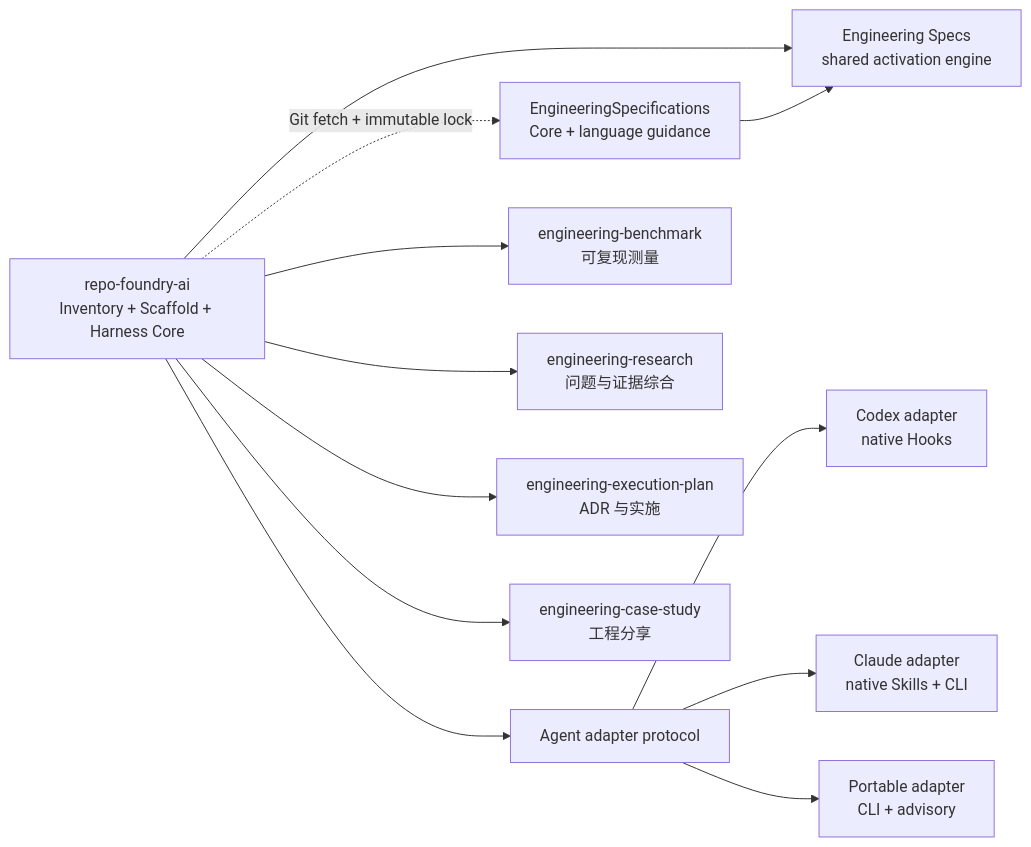
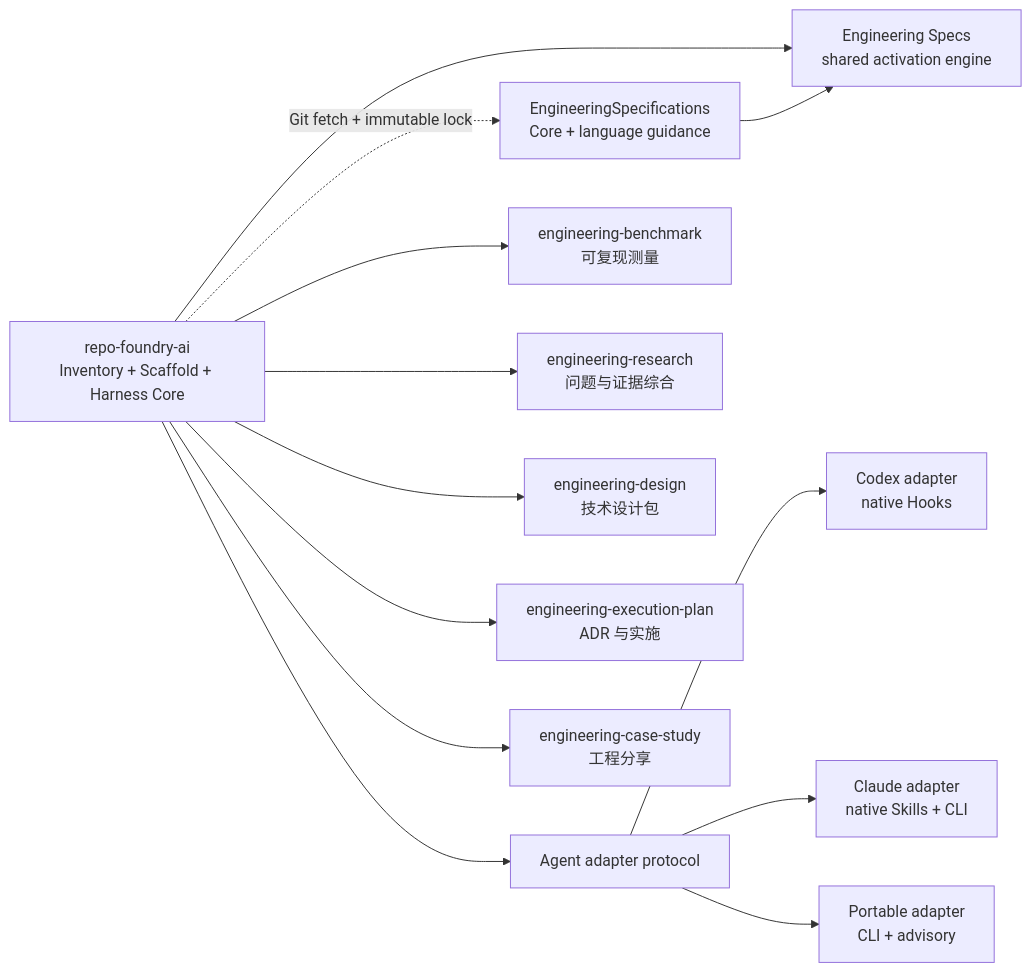
Before and after one commit to XiaoWeiKIN/RepoFoundryAI: the diagram in SKILL.md, drawn with Mermaid. The commit also changed other lines of this file and 52 other files, not shown here.

````diff
--- a/SKILL.md
+++ b/SKILL.md
@@ -13,15 +13,16 @@
 ```mermaid
 flowchart LR
     W["repo-foundry-ai<br/>Inventory + Scaffold + Harness Core"]
     W -.->|"Git fetch + immutable lock"| S["EngineeringSpecifications<br/>Core + language guidance"]
     W --> A["Agent adapter protocol"]
     A --> X["Codex adapter<br/>native Hooks"]
     A --> D["Claude adapter<br/>native Skills + CLI"]
     A --> P["Portable adapter<br/>CLI + advisory"]
     W --> T["Engineering Specs<br/>shared activation engine"]
     S --> T
     W --> B["engineering-benchmark<br/>可复现测量"]
     W --> R["engineering-research<br/>问题与证据综合"]
+    W --> G["engineering-design<br/>技术设计包"]
     W --> E["engineering-execution-plan<br/>ADR 与实施"]
     W --> C["engineering-case-study<br/>工程分享"]
 ```
````
